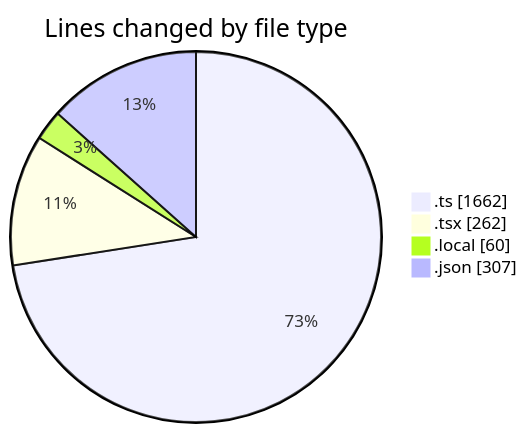
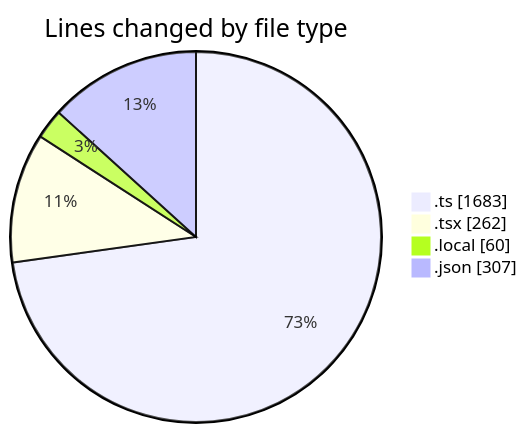
Before and after one commit to julien-gomy/code-tracking: the first of 2 diagrams in 2025-11-26/eventscop-frontend-guide__workspace_/README.md, drawn with Mermaid. The commit also changed other lines of this file and 1 other file, not shown here.

````diff
--- a/2025-11-26/eventscop-frontend-guide__workspace_/README.md
+++ b/2025-11-26/eventscop-frontend-guide__workspace_/README.md
@@ -28,8 +28,8 @@
 ```mermaid
 pie showData
 title Lines changed by file type
-".ts" : 1662
+".ts" : 1683
 ".tsx" : 262
 ".local" : 60
 ".json" : 307
 ```
````
